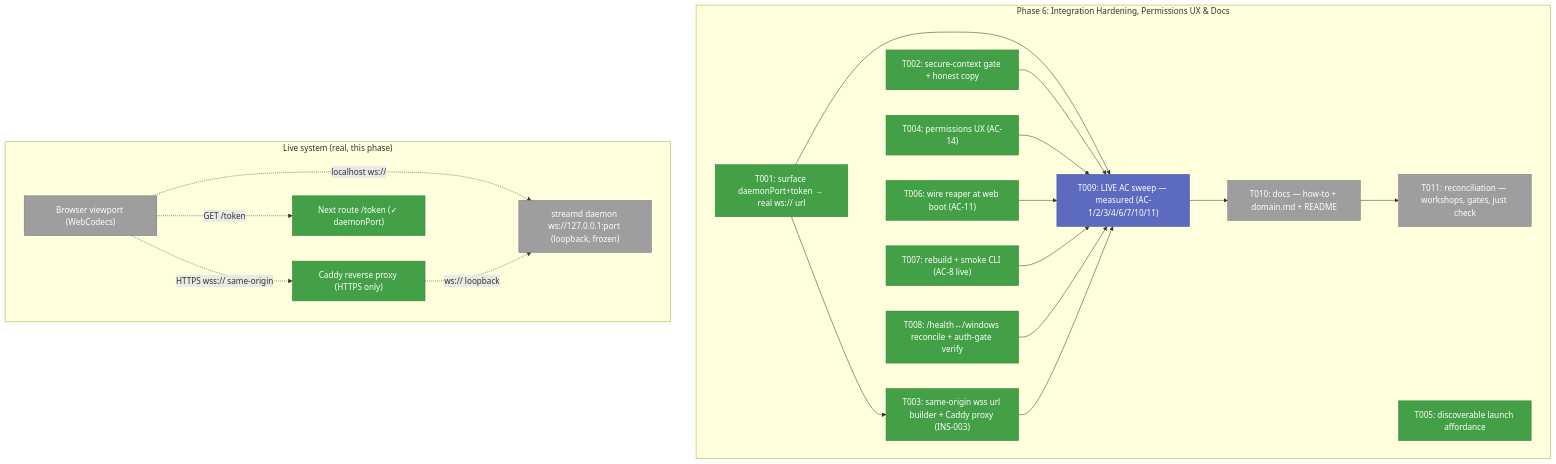
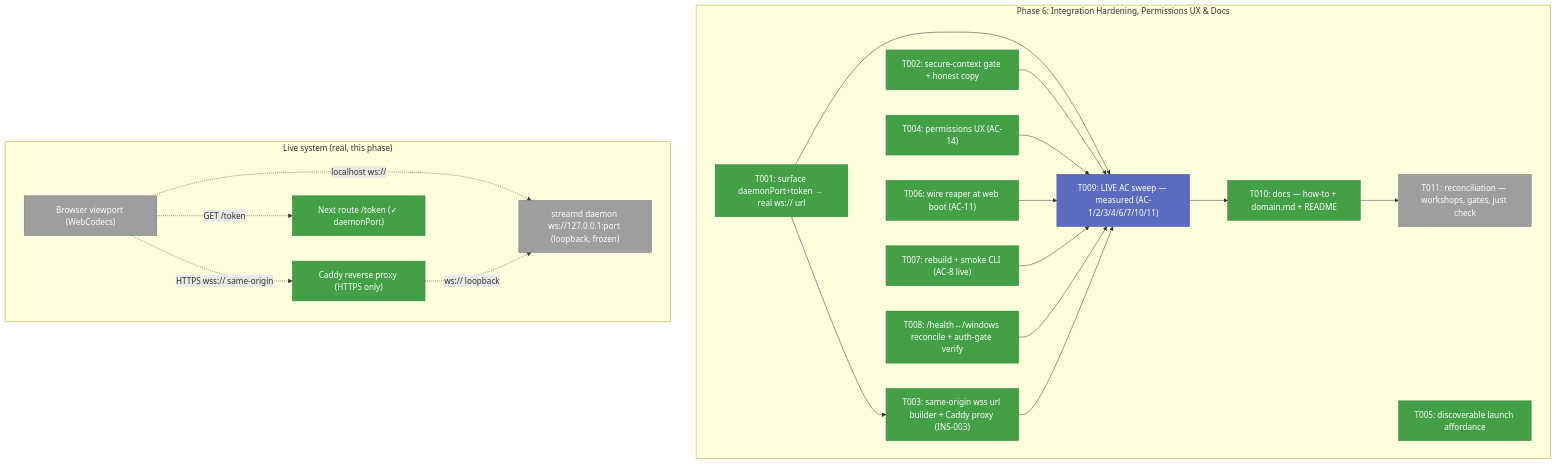
Before and after one commit to AI-Substrate/chainglass: the first of 3 diagrams in docs/plans/088-remote-app-view/tasks/phase-6-integration-hardening-permissions-ux-docs/tasks.md, drawn with Mermaid. The commit also changed other lines of this file and 4 other files, not shown here.

First line of the commit message:
docs(remote-view): T010 how-to + domain.md Concepts + README (Plan 088 Phase 6, AC-14)

````diff
--- a/docs/plans/088-remote-app-view/tasks/phase-6-integration-hardening-permissions-ux-docs/tasks.md
+++ b/docs/plans/088-remote-app-view/tasks/phase-6-integration-hardening-permissions-ux-docs/tasks.md
@@ -97,42 +97,42 @@
 ```mermaid
 flowchart TD
     classDef pending fill:#9E9E9E,stroke:#757575,color:#fff
     classDef gate fill:#5C6BC0,stroke:#3949AB,color:#fff
     classDef completed fill:#43A047,stroke:#2E7D32,color:#fff
     classDef inprogress fill:#FB8C00,stroke:#EF6C00,color:#fff
 
     subgraph P6["Phase 6: Integration Hardening, Permissions UX & Docs"]
         T001["T001: surface daemonPort+token → real ws:// url"]:::completed
         T002["T002: secure-context gate + honest copy"]:::completed
         T003["T003: same-origin wss url builder + Caddy proxy (INS-003)"]:::completed
         T004["T004: permissions UX (AC-14)"]:::completed
         T005["T005: discoverable launch affordance"]:::completed
         T006["T006: wire reaper at web boot (AC-11)"]:::completed
         T007["T007: rebuild + smoke CLI (AC-8 live)"]:::completed
         T008["T008: /health↔/windows reconcile + auth-gate verify"]:::completed
         T009["T009: LIVE AC sweep — measured (AC-1/2/3/4/6/7/10/11)"]:::gate
-        T010["T010: docs — how-to + domain.md + README"]:::pending
+        T010["T010: docs — how-to + domain.md + README"]:::completed
         T011["T011: reconciliation — workshops, gates, just check"]:::pending
 
         T001 --> T003
         T001 --> T009
         T002 --> T009
         T004 --> T009
         T006 --> T009
         T007 --> T009
         T008 --> T009
         T003 --> T009
         T009 --> T010
         T010 --> T011
     end
 
     subgraph Live["Live system (real, this phase)"]
         BR["Browser viewport (WebCodecs)"]:::pending
         NX["Next route /token (✓ daemonPort)"]:::completed
         CX["Caddy reverse proxy (HTTPS only)"]:::completed
         DA["streamd daemon ws://127.0.0.1:port (loopback, frozen)"]:::pending
         BR -.localhost ws://.-> DA
         BR -.HTTPS wss:// same-origin.-> CX -.ws:// loopback.-> DA
         BR -.GET /token.-> NX
     end
 ```
````
